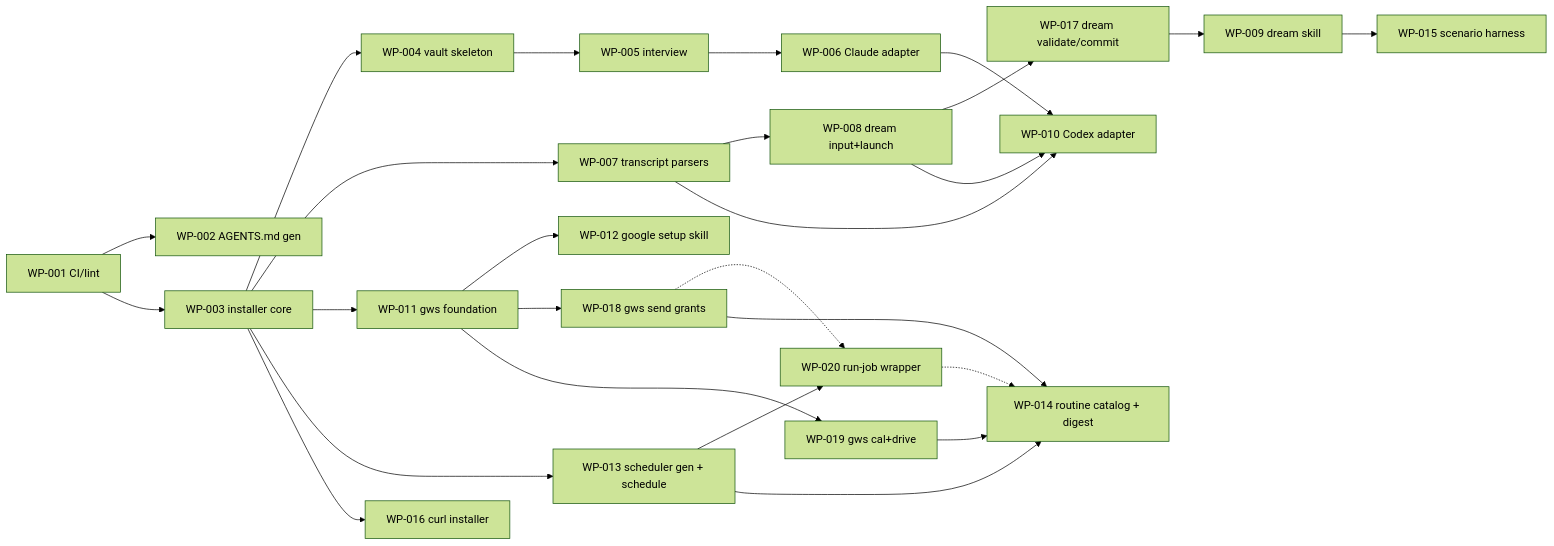
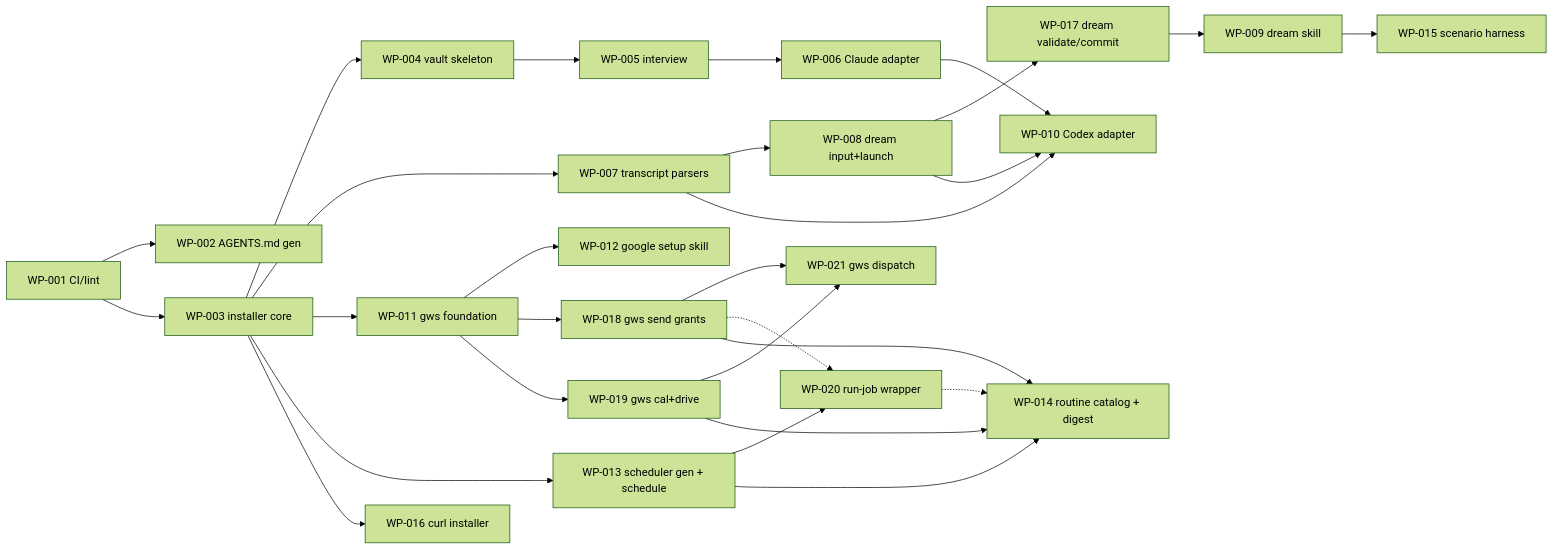
The diagram in docs/specs/ROADMAP.md (wienerdog-ai/wienerdog), drawn with Mermaid (forest theme) before and after one commit. The commit also changed other lines of this file and 1 other file, not shown here.

Commit message:
docs(specs): WP-021 gws dispatch reconciliation to Ready
Both gws follow-up PRs hit the same index.js dispatch drift (documented in
PR #14/#15 reviews); this WP wires the live CLI send/_alert paths before M5.

Claude-Session: https://claude.ai/code/session_014EA5BsHCfHRViJFXdovC86

````diff
--- a/docs/specs/ROADMAP.md
+++ b/docs/specs/ROADMAP.md
@@ -45,28 +46,30 @@
 ```mermaid
 graph LR
   WP001[WP-001 CI/lint] --> WP002[WP-002 AGENTS.md gen]
   WP001 --> WP003[WP-003 installer core]
   WP003 --> WP004[WP-004 vault skeleton]
   WP004 --> WP005[WP-005 interview]
   WP005 --> WP006[WP-006 Claude adapter]
   WP003 --> WP007[WP-007 transcript parsers]
   WP007 --> WP008[WP-008 dream input+launch]
   WP008 --> WP017[WP-017 dream validate/commit]
   WP017 --> WP009[WP-009 dream skill]
   WP006 --> WP010[WP-010 Codex adapter]
   WP007 --> WP010
   WP008 --> WP010
   WP003 --> WP011[WP-011 gws foundation]
   WP011 --> WP012[WP-012 google setup skill]
   WP011 --> WP018[WP-018 gws send grants]
   WP011 --> WP019[WP-019 gws cal+drive]
   WP003 --> WP013[WP-013 scheduler gen + schedule]
+  WP018 --> WP021[WP-021 gws dispatch]
+  WP019 --> WP021
   WP013 --> WP020[WP-020 run-job wrapper]
   WP018 -.-> WP020
   WP018 --> WP014[WP-014 routine catalog + digest]
   WP019 --> WP014
   WP013 --> WP014
   WP020 -.-> WP014
   WP009 --> WP015[WP-015 scenario harness]
   WP003 --> WP016[WP-016 curl installer]
 ```
````
